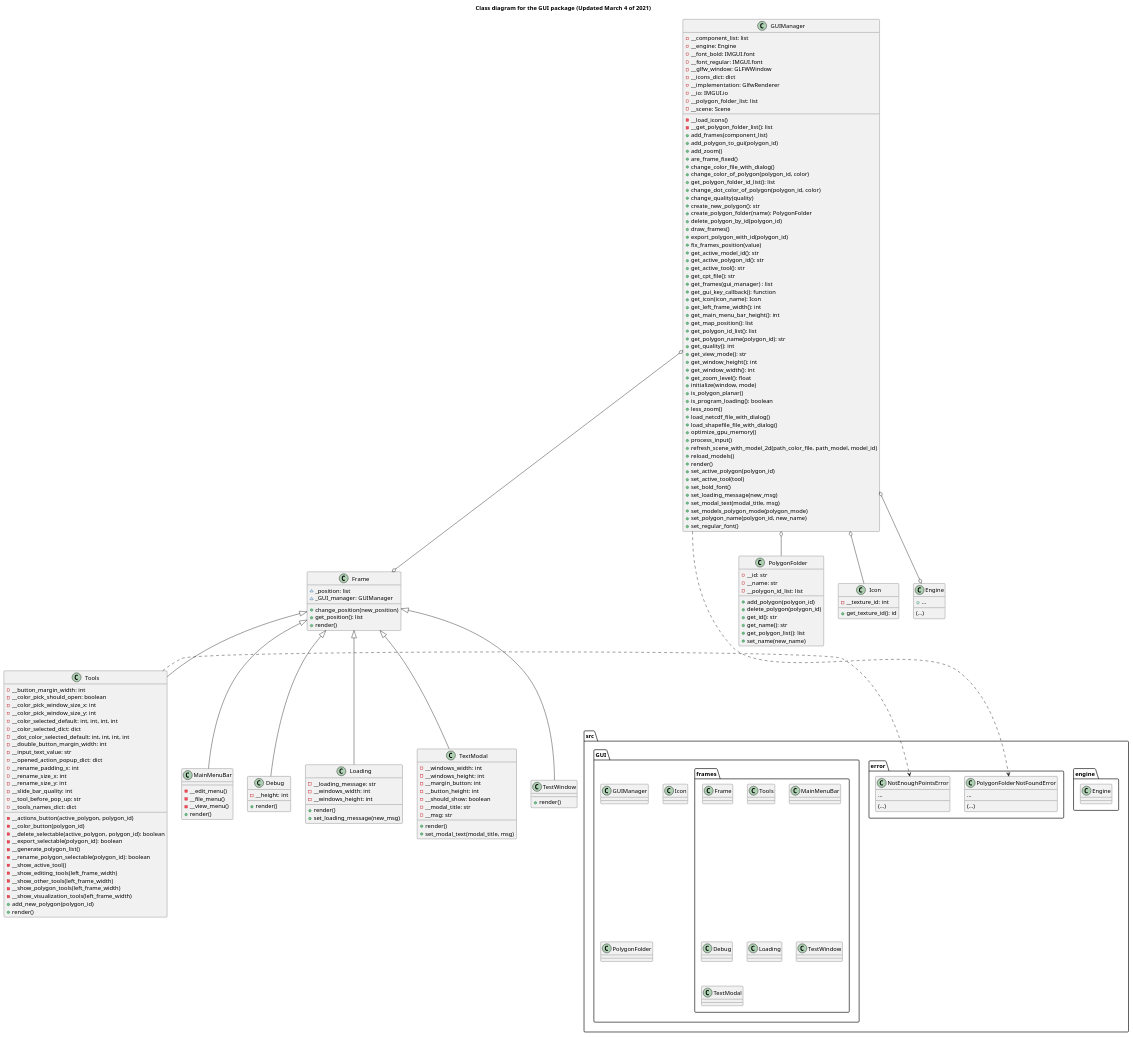
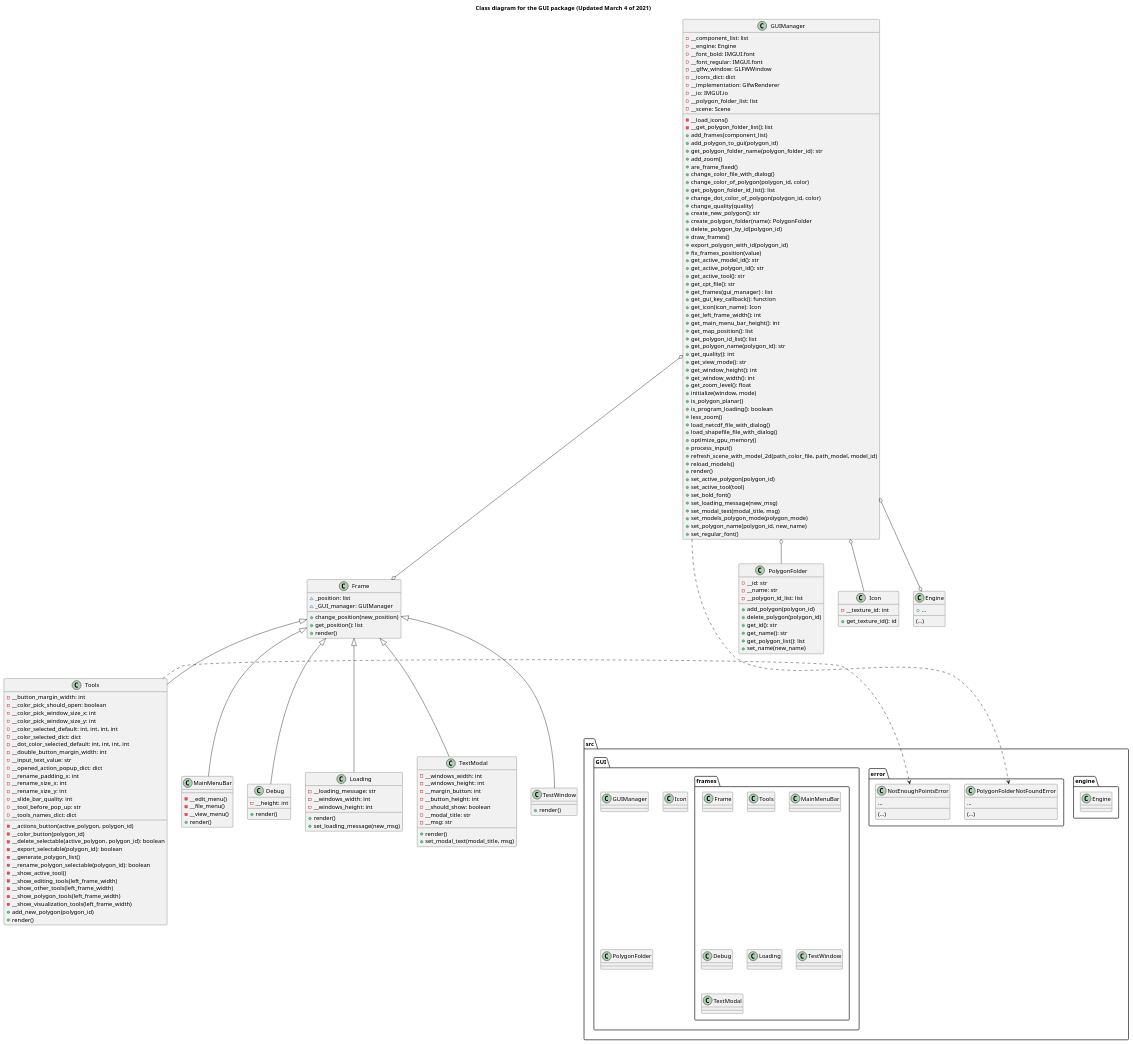
Before and after one commit to ferpoble2/Relief_Creator: the diagram in docs/gui_package.puml, drawn with PlantUML. The commit also changed 1 other file, not shown here.

Commit message:
Added get_polygon_folder_name method to the GUIManager

```diff
--- a/docs/gui_package.puml
+++ b/docs/gui_package.puml
@@ -67,6 +67,7 @@
     - __get_polygon_folder_list(): list
     + add_frames(component_list)
     + add_polygon_to_gui(polygon_id)
+    + get_polygon_folder_name(polygon_folder_id): str
     + add_zoom()
     + are_frame_fixed()
     + change_color_file_with_dialog()
```
